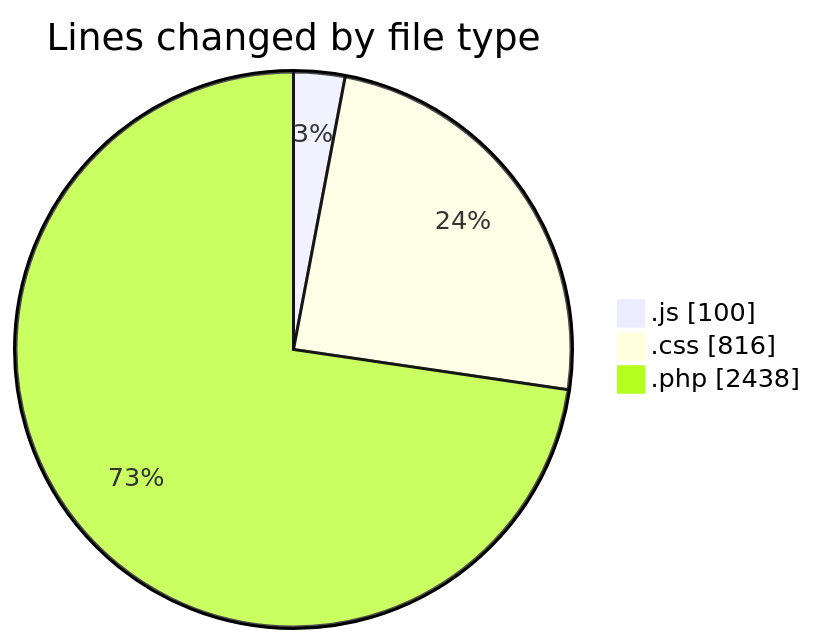
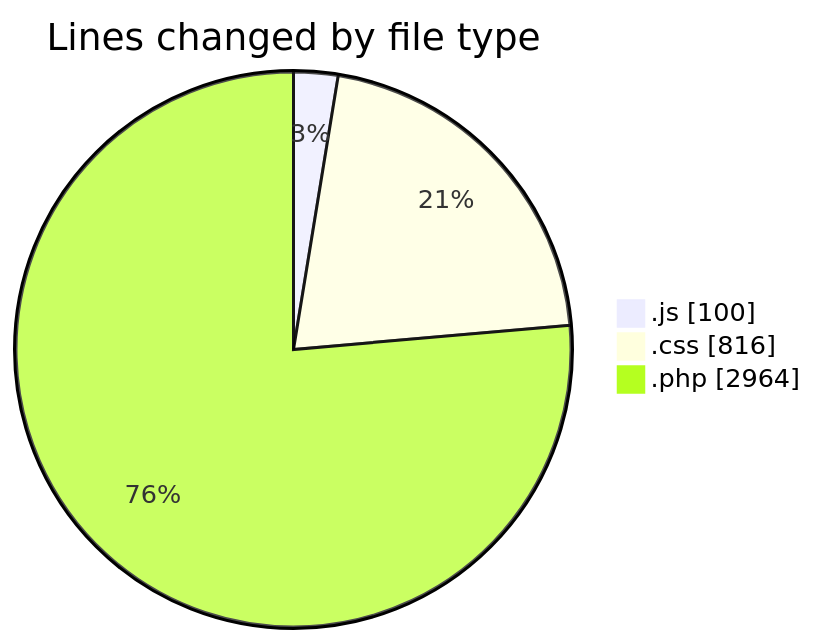
One commit to lephambinh05/code-tracking changed the first of 2 diagrams in 2025-08-25/quytuthien_vn/README.md. Above: the diagram before and after it, drawn with Mermaid. The commit also changed other lines of this file and 1 other file, not shown here.

````diff
--- a/2025-08-25/quytuthien_vn/README.md
+++ b/2025-08-25/quytuthien_vn/README.md
@@ -36,7 +49,7 @@
 ```mermaid
 pie showData
 title Lines changed by file type
 ".js" : 100
 ".css" : 816
-".php" : 2438
+".php" : 2964
 ```
````
